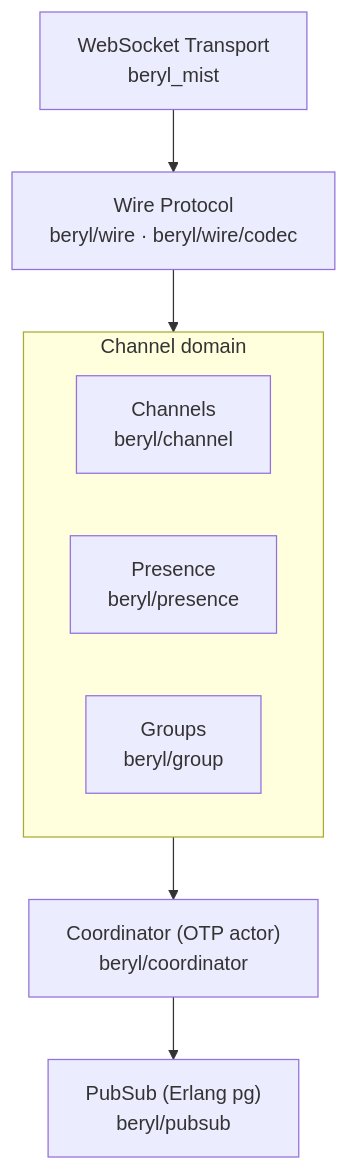
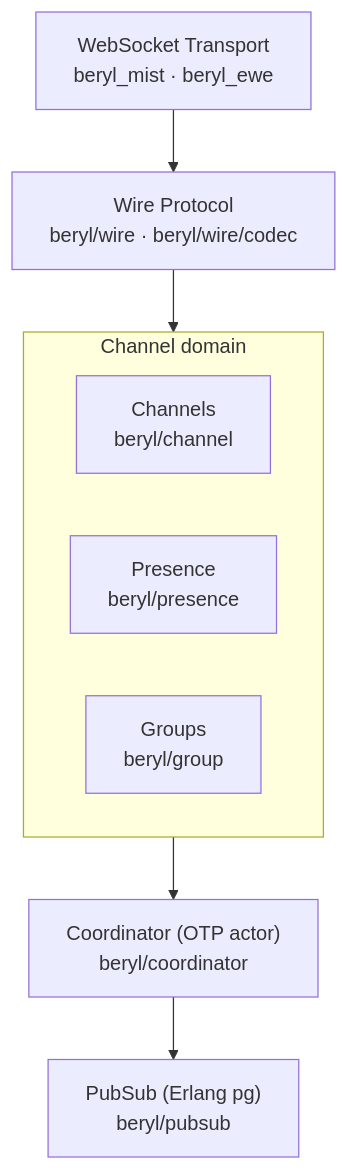
One commit to tylerbutler/beryl changed the first of 2 diagrams in website/src/content/docs/architecture/overview.md. Above: the diagram before and after it, drawn with Mermaid. The commit also changed other lines of this file and 33 other files, not shown here.

````diff
--- a/website/src/content/docs/architecture/overview.md
+++ b/website/src/content/docs/architecture/overview.md
@@ -22,13 +22,13 @@
 ```mermaid
 flowchart TB
-  T["WebSocket Transport<br/>beryl_mist"]
+  T["WebSocket Transport<br/>beryl_mist · beryl_ewe"]
   W["Wire Protocol<br/>beryl/wire · beryl/wire/codec"]
   subgraph Domain["Channel domain"]
     C["Channels<br/>beryl/channel"]
     P["Presence<br/>beryl/presence"]
     G["Groups<br/>beryl/group"]
   end
   CO["Coordinator (OTP actor)<br/>beryl/coordinator"]
   PS["PubSub (Erlang pg)<br/>beryl/pubsub"]
   T --> W --> Domain --> CO --> PS
 ```
````
